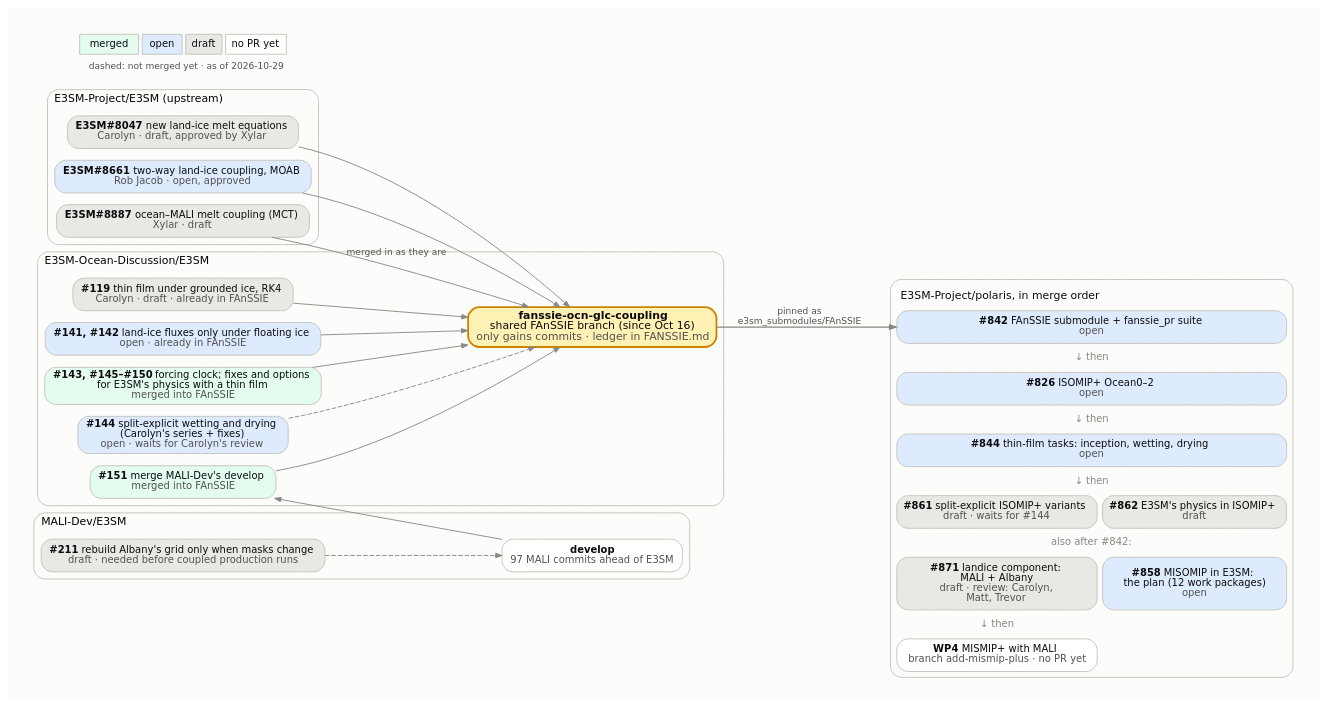
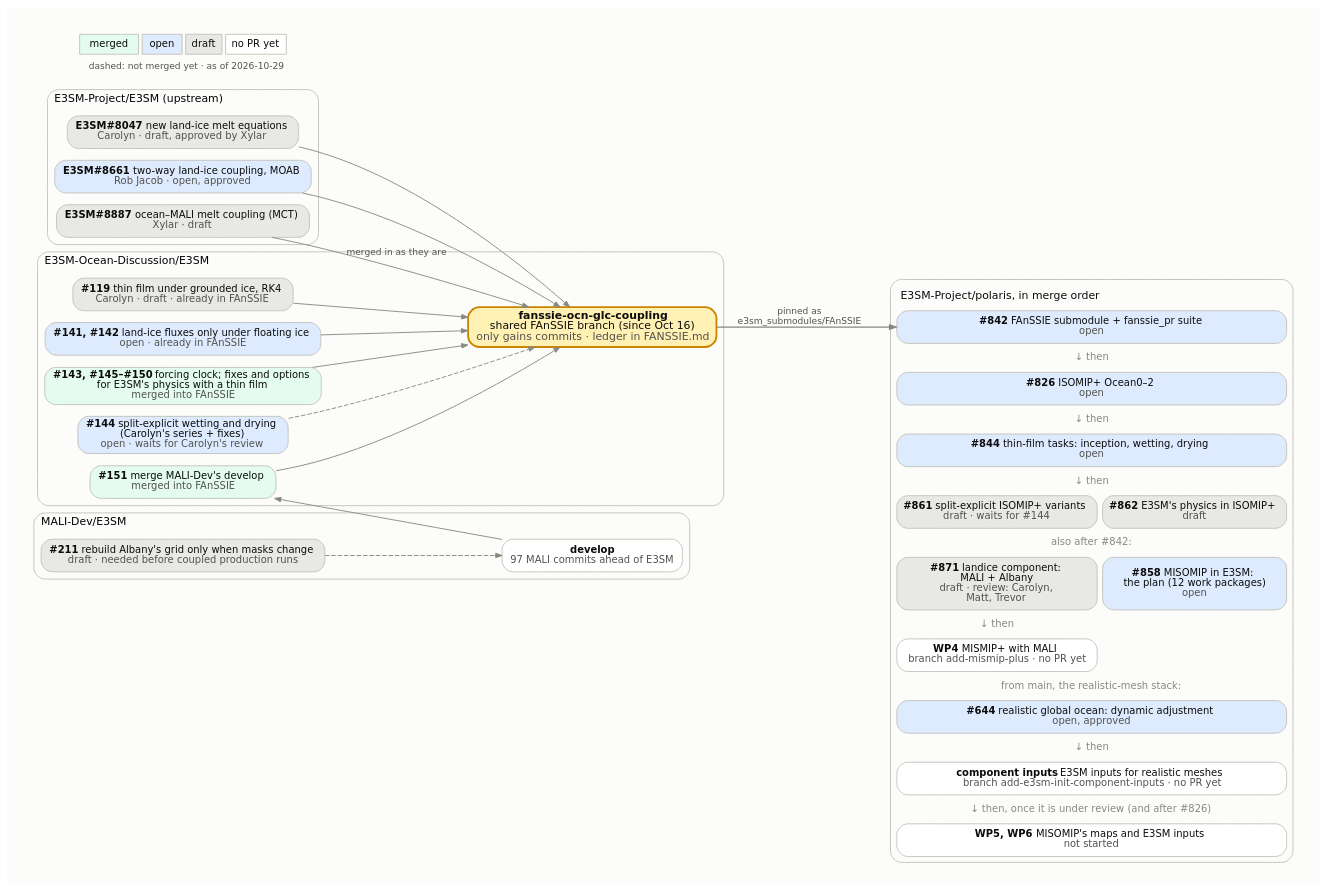
Before and after one commit to E3SM-Project/polaris: the diagram in docs/design_docs/misomip/code_flow.dot, drawn with Graphviz. The commit also changed 4 other files, not shown here.

First line of the commit message:
Start WP5 and WP6 from the realistic component inputs

```diff
--- a/docs/design_docs/misomip/code_flow.dot
+++ b/docs/design_docs/misomip/code_flow.dot
@@ -1,89 +1,95 @@
 // How the upstream E3SM PRs, the E3SM-Ocean-Discussion PRs, the
 // fanssie-ocn-glc-coupling branch and the Polaris PRs fit together.
 //
 // Regenerate with Graphviz 14 (Chrysalis's /usr/bin/dot 2.40 lays it out
 // wider), with the text drawn as paths so it looks the same everywhere:
 //
 //     pixi exec -s graphviz dot -Tsvg:cairo code_flow.dot -o code_flow.svg
 //
 // Fill by state: merged #e3fcef, open #deebff, draft #e8e8e4, no PR yet
 // #ffffff. Dashed edges into the FAnSSIE branch mark PRs not merged into it
 // yet. The Polaris side is one HTML-table node, in merge order, because
 // Graphviz would not keep separate boxes in that order. Update the date in
 // the legend.
 digraph fanssie {
   rankdir=LR;
   bgcolor="#fcfcfb";
   pad=0.3;
   nodesep=0.18;
   ranksep=0.7;
   fontname="DejaVu Sans";
   node [shape=box, style="rounded,filled", fontname="DejaVu Sans",
         fontsize=11, color="#c3c2b7", fontcolor="#0b0b0b", penwidth=1,
         margin="0.12,0.06"];
   edge [color="#898781", arrowsize=0.7, fontname="DejaVu Sans",
         fontsize=10, fontcolor="#52514e"];
 
   subgraph cluster_upstream {
     label="E3SM-Project/E3SM (upstream)";
     labeljust=l; fontsize=12; color="#c3c2b7"; style="rounded";
     e8047 [label=<<b>E3SM#8047</b>  new land-ice melt equations<br/><font color="#52514e">Carolyn · draft, approved by Xylar</font>>, fillcolor="#e8e8e4"];
     e8661 [label=<<b>E3SM#8661</b>  two-way land-ice coupling, MOAB<br/><font color="#52514e">Rob Jacob · open, approved</font>>, fillcolor="#deebff"];
     e8887 [label=<<b>E3SM#8887</b>  ocean–MALI melt coupling (MCT)<br/><font color="#52514e">Xylar · draft</font>>, fillcolor="#e8e8e4"];
   }
 
   subgraph cluster_malidev {
     label="MALI-Dev/E3SM";
     labeljust=l; fontsize=12; color="#c3c2b7"; style="rounded";
     malidev [label=<<b>develop</b><br/><font color="#52514e">97 MALI commits ahead of E3SM</font>>, fillcolor="#ffffff"];
     m211 [label=<<b>#211</b>  rebuild Albany's grid only when masks change<br/><font color="#52514e">draft · needed before coupled production runs</font>>, fillcolor="#e8e8e4"];
   }
 
   subgraph cluster_eod {
     label="E3SM-Ocean-Discussion/E3SM";
     labeljust=l; fontsize=12; color="#c3c2b7"; style="rounded";
     d119 [label=<<b>#119</b>  thin film under grounded ice, RK4<br/><font color="#52514e">Carolyn · draft · already in FAnSSIE</font>>, fillcolor="#e8e8e4"];
     d141 [label=<<b>#141, #142</b>  land-ice fluxes only under floating ice<br/><font color="#52514e">open · already in FAnSSIE</font>>, fillcolor="#deebff"];
     d143 [label=<<b>#143, #145–#150</b>  forcing clock; fixes and options<br/>for E3SM's physics with a thin film<br/><font color="#52514e">merged into FAnSSIE</font>>, fillcolor="#e3fcef"];
     d144 [label=<<b>#144</b>  split-explicit wetting and drying<br/>(Carolyn's series + fixes)<br/><font color="#52514e">open · waits for Carolyn's review</font>>, fillcolor="#deebff"];
     d151 [label=<<b>#151</b>  merge MALI-Dev's develop<br/><font color="#52514e">merged into FAnSSIE</font>>, fillcolor="#e3fcef"];
     fanssie [label=<<b>fanssie-ocn-glc-coupling</b><br/>shared FAnSSIE branch (since Oct 16)<br/><font color="#52514e">only gains commits · ledger in FANSSIE.md</font>>,
              fillcolor="#fff0b3", penwidth=2, color="#c98500", fontsize=12];
   }
 
   polaris [shape=plaintext, style="", label=<
     <table border="1" color="#c3c2b7" style="rounded" cellborder="1" cellspacing="6" cellpadding="4" bgcolor="#fcfcfb">
       <tr><td border="0" colspan="2" align="left"><font point-size="12">E3SM-Project/polaris, in merge order</font></td></tr>
       <tr><td port="p842" bgcolor="#deebff" colspan="2" style="rounded" cellpadding="6"><b>#842</b>  FAnSSIE submodule + fanssie_pr suite<br/><font color="#52514e">open</font></td></tr>
       <tr><td border="0" colspan="2"><font color="#898781">↓ then</font></td></tr>
       <tr><td port="p826" bgcolor="#deebff" colspan="2" style="rounded" cellpadding="6"><b>#826</b>  ISOMIP+ Ocean0–2<br/><font color="#52514e">open</font></td></tr>
       <tr><td border="0" colspan="2"><font color="#898781">↓ then</font></td></tr>
       <tr><td port="p844" bgcolor="#deebff" colspan="2" style="rounded" cellpadding="6"><b>#844</b>  thin-film tasks: inception, wetting, drying<br/><font color="#52514e">open</font></td></tr>
       <tr><td border="0" colspan="2"><font color="#898781">↓ then</font></td></tr>
       <tr><td port="p861" bgcolor="#e8e8e4" colspan="1" style="rounded" cellpadding="6"><b>#861</b>  split-explicit ISOMIP+ variants<br/><font color="#52514e">draft · waits for #144</font></td><td port="p862" bgcolor="#e8e8e4" colspan="1" style="rounded" cellpadding="6"><b>#862</b>  E3SM's physics in ISOMIP+<br/><font color="#52514e">draft</font></td></tr>
       <tr><td border="0" colspan="2"><font color="#898781">also after #842:</font></td></tr>
       <tr><td port="p871" bgcolor="#e8e8e4" colspan="1" style="rounded" cellpadding="6"><b>#871</b>  landice component:<br/>MALI + Albany<br/><font color="#52514e">draft · review: Carolyn,<br/>Matt, Trevor</font></td><td port="p858" bgcolor="#deebff" colspan="1" style="rounded" cellpadding="6"><b>#858</b>  MISOMIP in E3SM:<br/>the plan (12 work packages)<br/><font color="#52514e">open</font></td></tr>
       <tr><td border="0" colspan="1"><font color="#898781">↓ then</font></td><td border="0" colspan="1"></td></tr>
       <tr><td port="pwp4" bgcolor="#ffffff" colspan="1" style="rounded" cellpadding="6"><b>WP4</b>  MISMIP+ with MALI<br/><font color="#52514e">branch add-mismip-plus · no PR yet</font></td><td border="0" colspan="1"></td></tr>
+      <tr><td border="0" colspan="2"><font color="#898781">from main, the realistic-mesh stack:</font></td></tr>
+      <tr><td port="p644" bgcolor="#deebff" colspan="2" style="rounded" cellpadding="6"><b>#644</b>  realistic global ocean: dynamic adjustment<br/><font color="#52514e">open, approved</font></td></tr>
+      <tr><td border="0" colspan="2"><font color="#898781">↓ then</font></td></tr>
+      <tr><td port="pci" bgcolor="#ffffff" colspan="2" style="rounded" cellpadding="6"><b>component inputs</b>  E3SM inputs for realistic meshes<br/><font color="#52514e">branch add-e3sm-init-component-inputs · no PR yet</font></td></tr>
+      <tr><td border="0" colspan="2"><font color="#898781">↓ then, once it is under review (and after #826)</font></td></tr>
+      <tr><td port="pwp56" bgcolor="#ffffff" colspan="2" style="rounded" cellpadding="6"><b>WP5, WP6</b>  MISOMIP's maps and E3SM inputs<br/><font color="#52514e">not started</font></td></tr>
     </table>>];
 
   e8047 -> fanssie;
   e8661 -> fanssie;
   e8887 -> fanssie [label="merged in as they are"];
   d119 -> fanssie;
   d141 -> fanssie;
   d143 -> fanssie;
   d144 -> fanssie [style=dashed];
   m211 -> malidev [style=dashed];
   malidev -> d151 [constraint=false];
   d151 -> fanssie;
 
   fanssie -> polaris:p842 [label="pinned as
 e3sm_submodules/FAnSSIE", penwidth=1.5];
 
   legend [shape=plaintext, style="", label=<
     <table border="0" cellborder="1" cellspacing="4" cellpadding="4" color="#c3c2b7">
       <tr><td bgcolor="#e3fcef">merged</td><td bgcolor="#deebff">open</td><td bgcolor="#e8e8e4">draft</td><td bgcolor="#ffffff">no PR yet</td></tr>
       <tr><td colspan="4" border="0"><font point-size="10" color="#52514e">dashed: not merged yet · as of 2026-10-29</font></td></tr>
     </table>>];
 }
```
